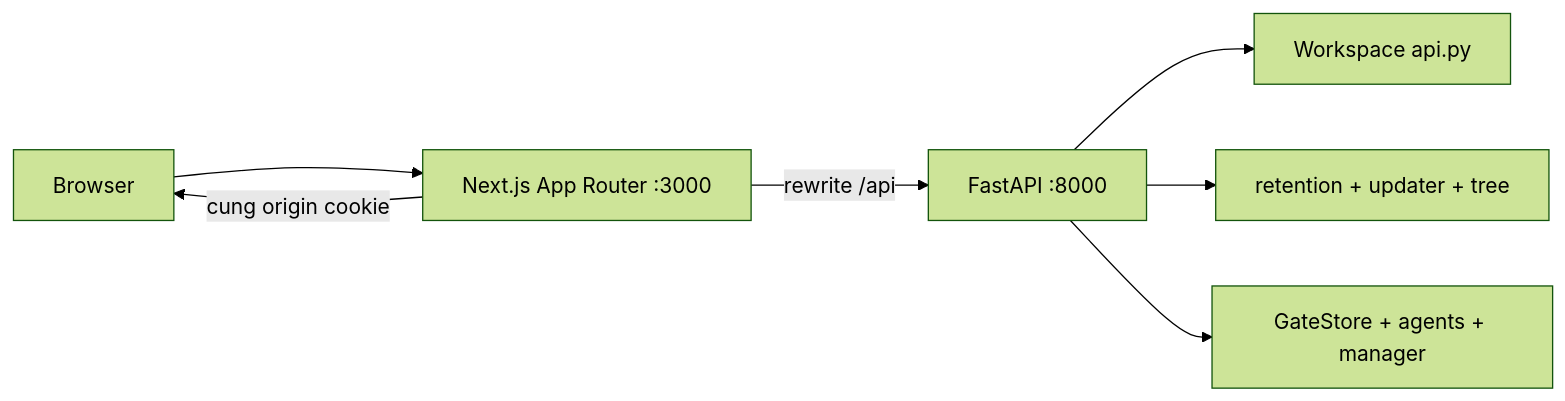
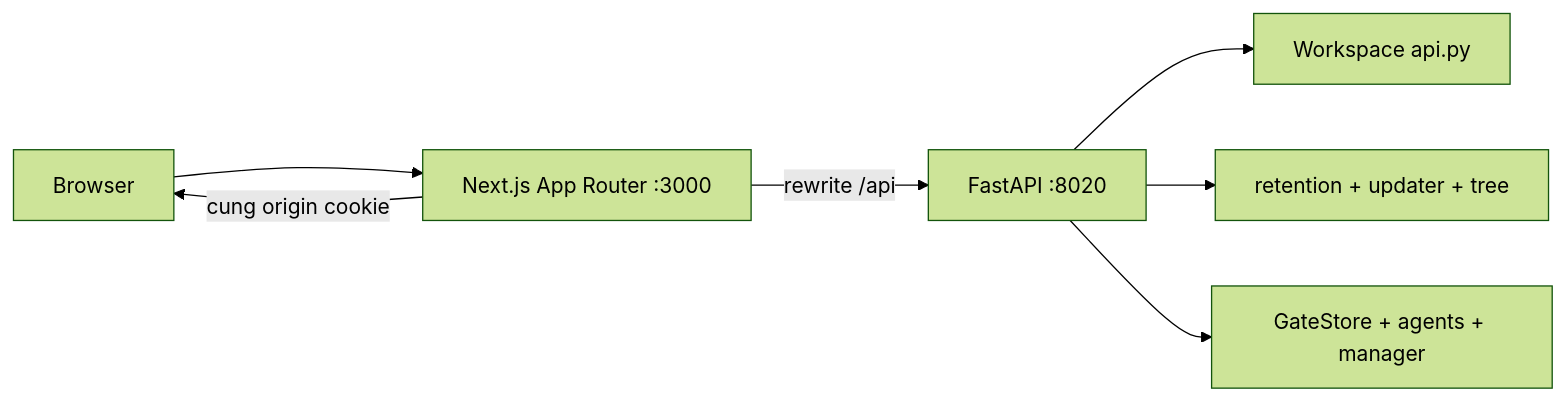
Before and after one commit to Peterle220220/analysis-system: the diagram in plans/nextjs-migration.md, drawn with Mermaid (forest theme). The commit also changed other lines of this file and 7 other files, not shown here.

````diff
--- a/plans/nextjs-migration.md
+++ b/plans/nextjs-migration.md
@@ -43,9 +43,9 @@
 ```mermaid
 flowchart LR
   B[Browser] --> N[Next.js App Router :3000]
-  N -->|rewrite /api| F[FastAPI :8000]
+  N -->|rewrite /api| F[FastAPI :8020]
   F --> W[Workspace api.py]
   F --> R[retention + updater + tree]
   F --> G[GateStore + agents + manager]
   N -->|cung origin cookie| B
 ```
````
